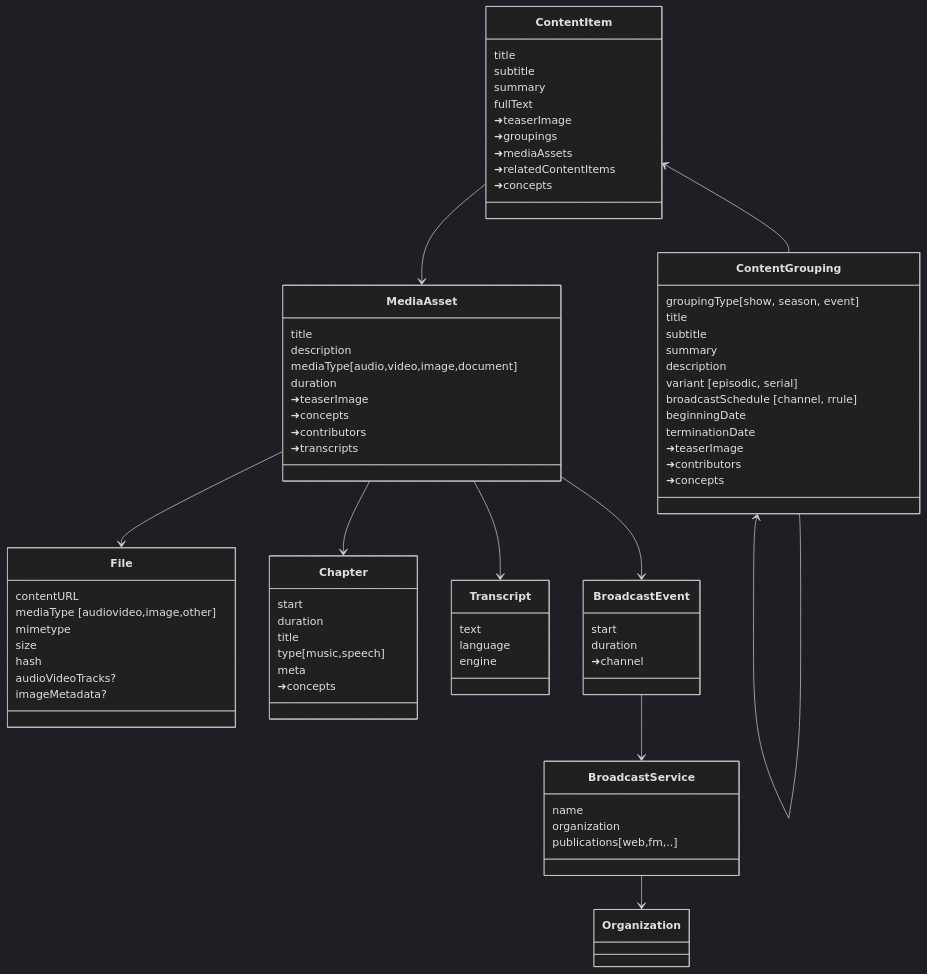
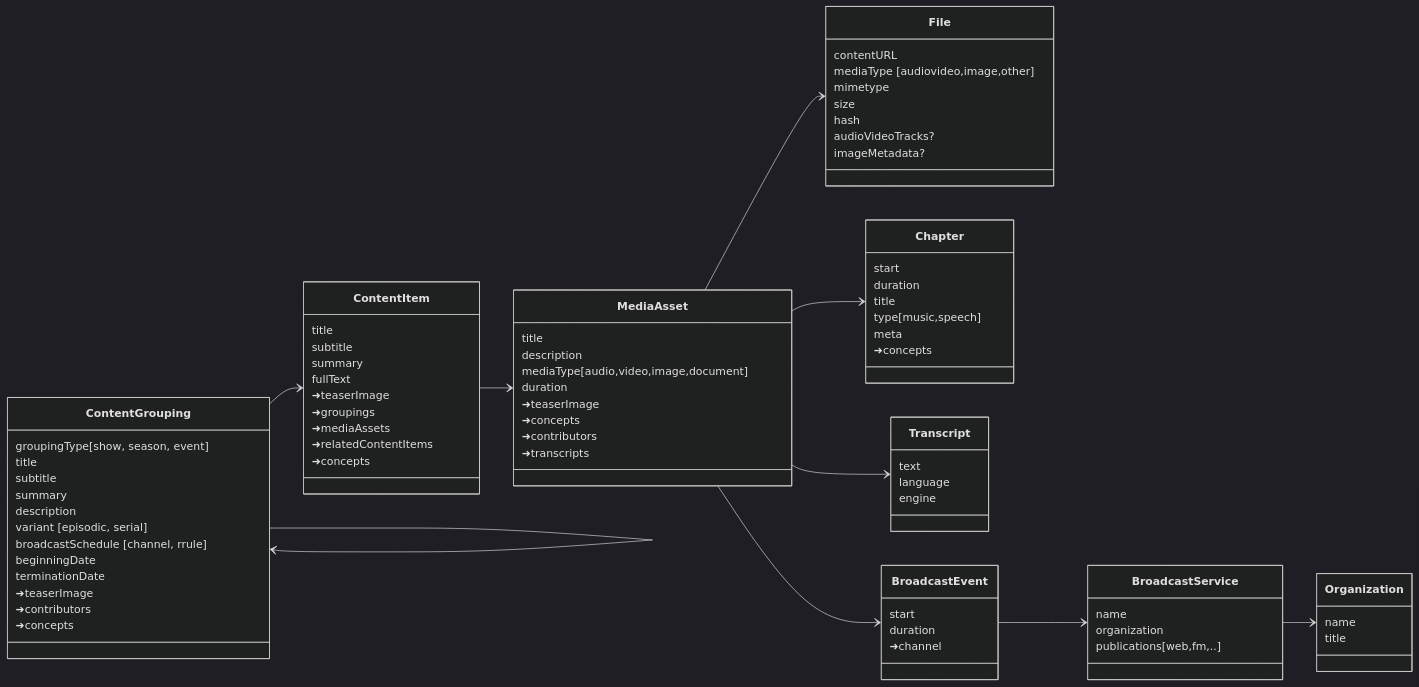
Before and after one commit to repco-org/repco: the first of 3 diagrams in datamodel.md, drawn with Mermaid (dark theme). The commit also changed other lines of this file, not shown here.

````diff
--- a/datamodel.md
+++ b/datamodel.md
@@ -10,5 +10,6 @@
 ```mermaid
 classDiagram
+direction LR
 class ContentGrouping {
     groupingType[show, season, event]
     title
@@ -25,6 +26,9 @@
     ➜contributors
     ➜concepts
 }
+ContentGrouping --> ContentItem
+ContentGrouping --> ContentGrouping
+
 class ContentItem {
     title
     subtitle
@@ -72,6 +76,7 @@
     engine
 }
 
+
 class BroadcastEvent {
     start
     duration
@@ -82,9 +87,12 @@
     organization 
     publications[web,fm,..]
 }
+class Organization {
+    name
+    title
+}
 
-ContentItem <-- ContentGrouping
-ContentGrouping <-- ContentGrouping
+
 ContentItem --> MediaAsset
 BroadcastEvent --> BroadcastService
 BroadcastService --> Organization
````
